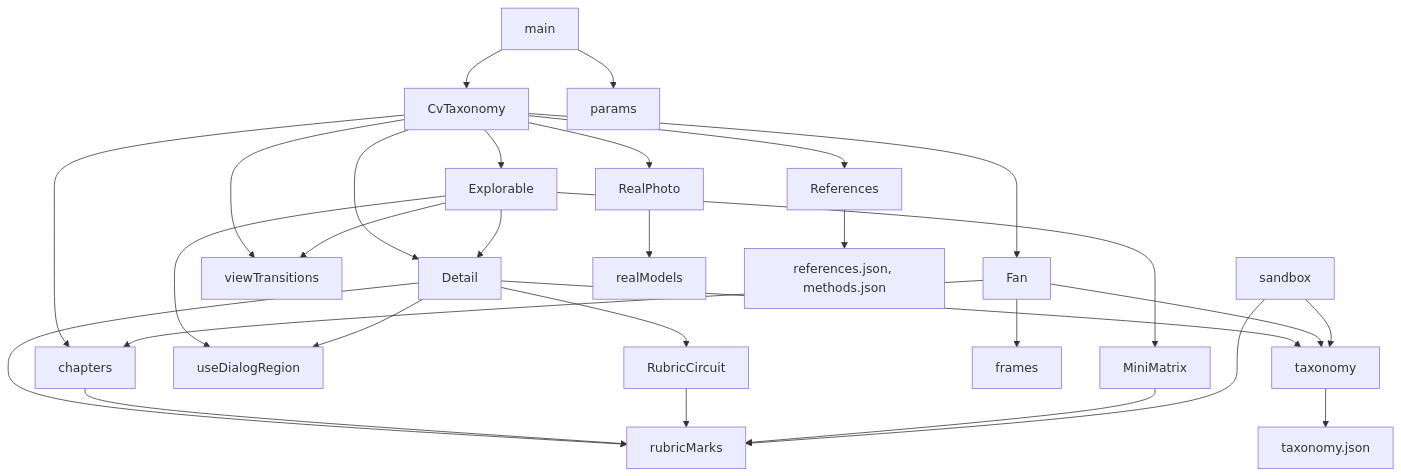
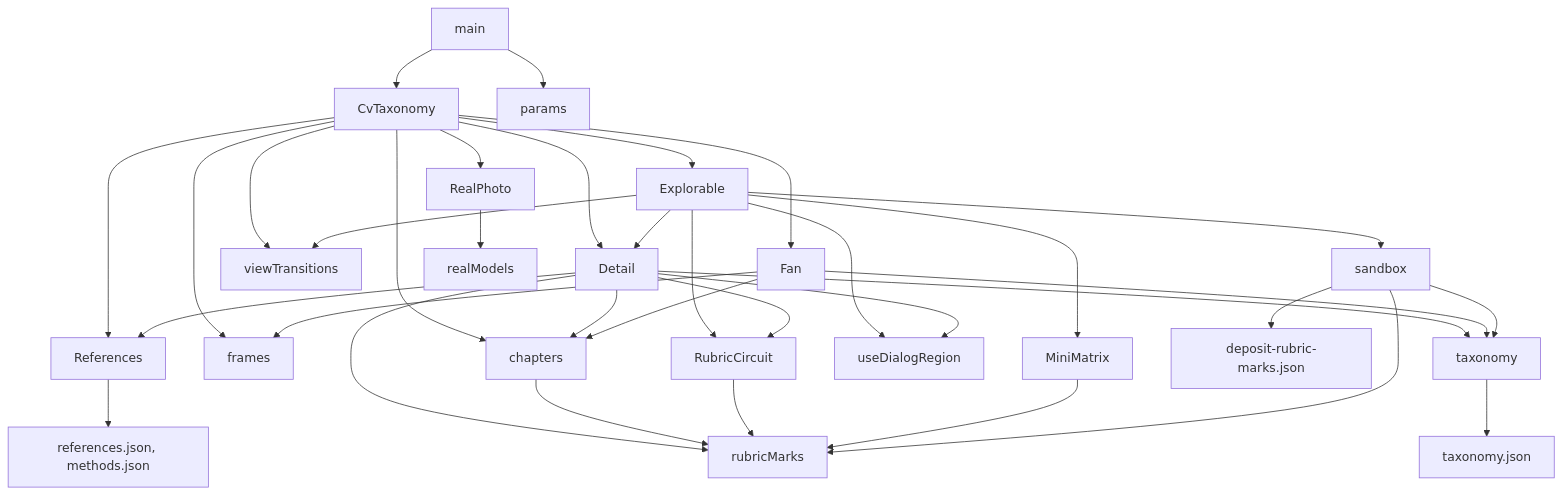
The diagram in docs/architecture.md (simonvanlierde/cv-ie-taxonomy), drawn with Mermaid before and after one commit. The commit also changed 1 other file, not shown here.

Commit message:
docs: complete the module graph and tidy the changelog
- add the sandbox, frames, References and deposit edges the diagram left out
- remove a stray blank line in the Fixed list

````diff
--- a/docs/architecture.md
+++ b/docs/architecture.md
@@ -47,31 +47,37 @@
 ```mermaid
 graph TD
   main --> CvTaxonomy
   main --> params
   CvTaxonomy --> Fan
   CvTaxonomy --> Explorable
   CvTaxonomy --> Detail
   CvTaxonomy --> RealPhoto
   CvTaxonomy --> chapters
+  CvTaxonomy --> frames
   CvTaxonomy --> viewTransitions
   CvTaxonomy --> References
   Explorable --> Detail
   Explorable --> MiniMatrix
+  Explorable --> sandbox
+  Explorable --> RubricCircuit
   Explorable --> useDialogRegion
   Explorable --> viewTransitions
   Detail --> useDialogRegion
   Detail --> rubricMarks
+  Detail --> References
+  Detail --> chapters
   Detail --> RubricCircuit
   Fan --> frames
   Fan --> chapters
   chapters --> rubricMarks
   RubricCircuit --> rubricMarks
   MiniMatrix --> rubricMarks
   sandbox --> rubricMarks
   RealPhoto --> realModels
   Detail --> taxonomy
   Fan --> taxonomy
   sandbox --> taxonomy
+  sandbox --> deposit["deposit-rubric-marks.json"]
   References --> data["references.json, methods.json"]
   taxonomy --> taxonomyJson["taxonomy.json"]
 ```
````
